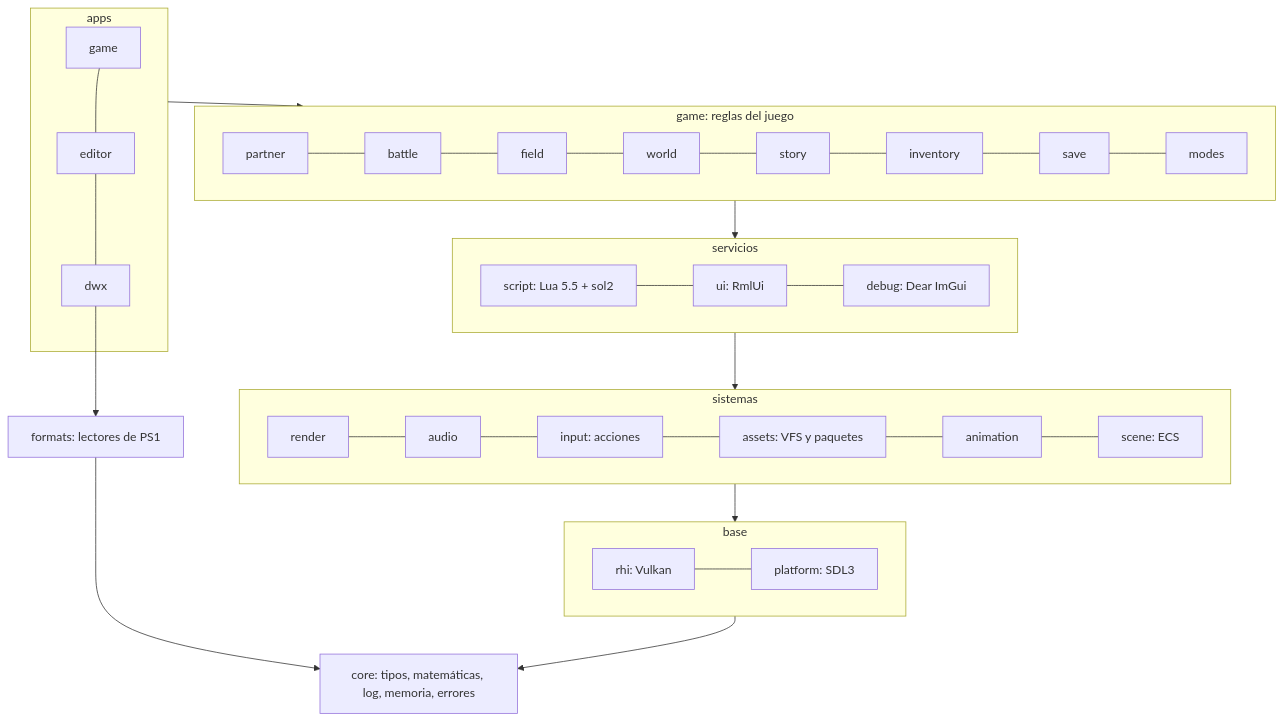
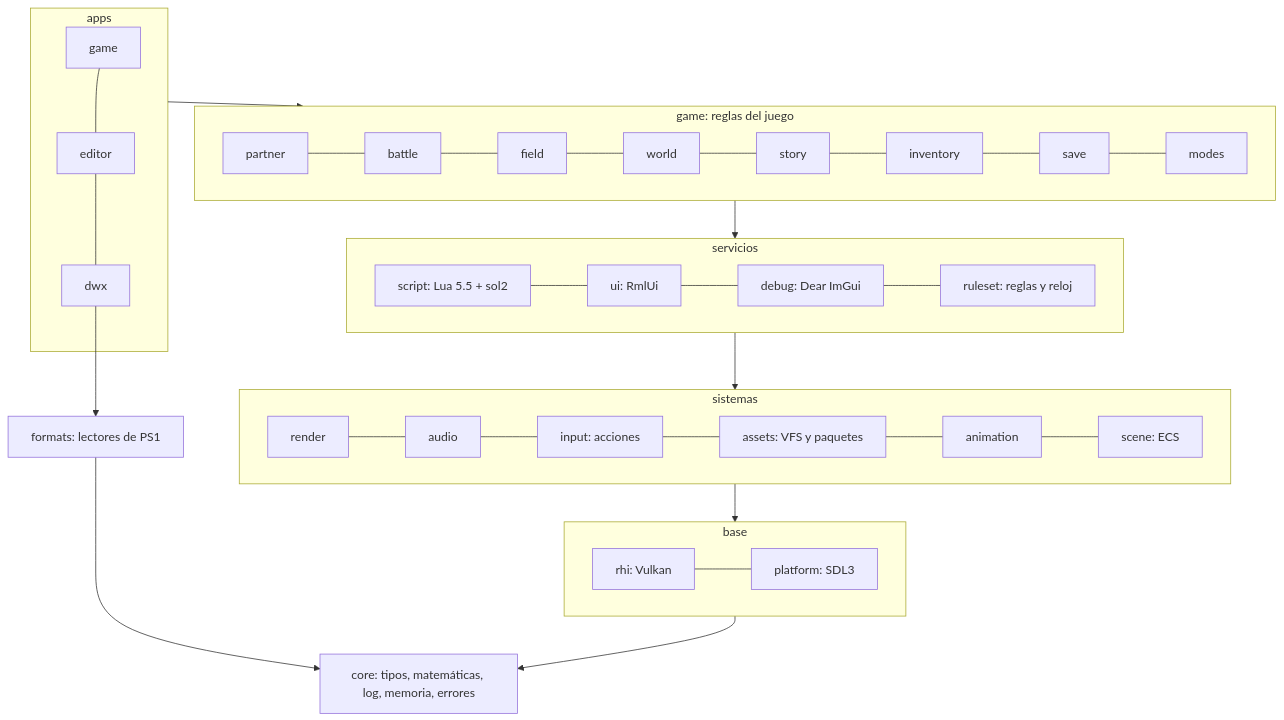
The second of 2 diagrams in docs/architecture/overview.md (Indie-Modding-Games/dw-engine), drawn with Mermaid before and after one commit. The commit also changed other lines of this file and 35 other files, not shown here.

````diff
--- a/docs/architecture/overview.md
+++ b/docs/architecture/overview.md
@@ -48,23 +48,23 @@
 ```mermaid
 flowchart TB
     subgraph apps[apps]
         game_app[game] --- editor[editor] --- dwx[dwx]
     end
     subgraph gameplay[game: reglas del juego]
         partner --- battle --- field --- world --- story --- inventory --- save --- modes
     end
     subgraph services[servicios]
-        script[script: Lua 5.5 + sol2] --- ui[ui: RmlUi] --- debug[debug: Dear ImGui]
+        script[script: Lua 5.5 + sol2] --- ui[ui: RmlUi] --- debug[debug: Dear ImGui] --- ruleset[ruleset: reglas y reloj]
     end
     subgraph systems[sistemas]
         render --- audio --- input[input: acciones] --- assets[assets: VFS y paquetes] --- animation --- scene[scene: ECS]
     end
     subgraph base[base]
         rhi[rhi: Vulkan] --- platform[platform: SDL3]
     end
     core[core: tipos, matemáticas, log, memoria, errores]
     formats[formats: lectores de PS1]
 
     apps --> gameplay --> services --> systems --> base --> core
     dwx --> formats --> core
 ```
````
